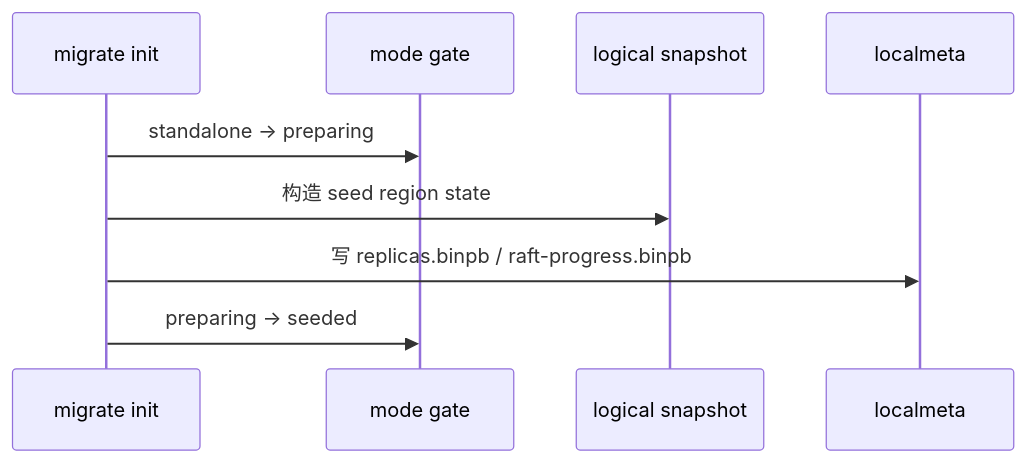
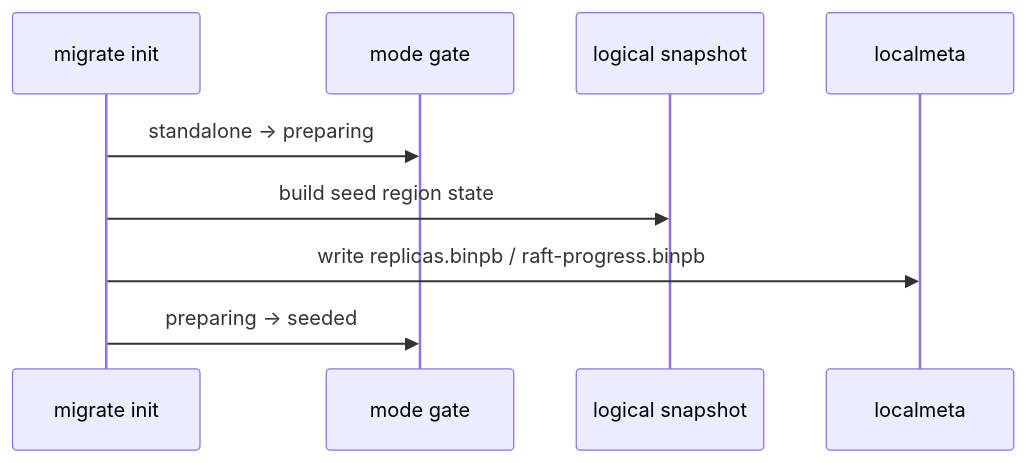
Before and after one commit to feichai0017/NoKV: the second of 3 diagrams in docs/notes/2026-03-30-migration-mode-and-snapshot.md, drawn with Mermaid. The commit also changed other lines of this file and 23 other files, not shown here.

````diff
--- a/docs/notes/2026-03-30-migration-mode-and-snapshot.md
+++ b/docs/notes/2026-03-30-migration-mode-and-snapshot.md
@@ -118,12 +118,12 @@
 ```mermaid
 sequenceDiagram
     participant CLI as migrate init
     participant MODE as mode gate
     participant SNAP as logical snapshot
     participant LM as localmeta
 
     CLI->>MODE: standalone -> preparing
-    CLI->>SNAP: 构造 seed region state
-    CLI->>LM: 写 replicas.binpb / raft-progress.binpb
+    CLI->>SNAP: build seed region state
+    CLI->>LM: write replicas.binpb / raft-progress.binpb
     CLI->>MODE: preparing -> seeded
 ```
````
